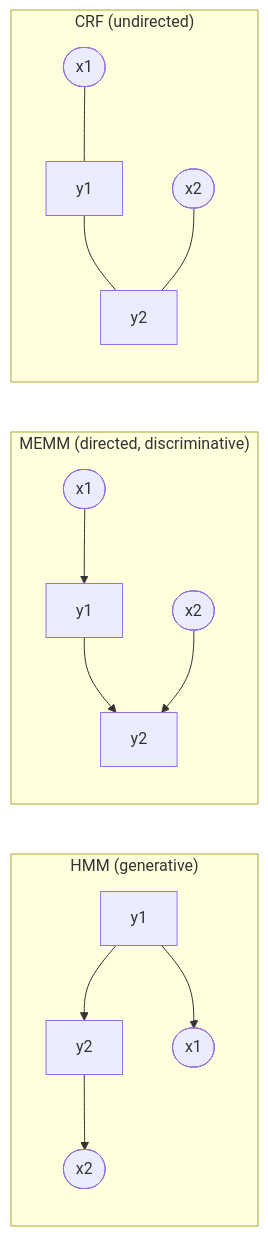
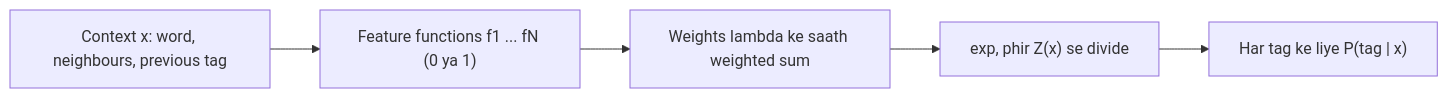
The third of 4 diagrams in content/natural-language-processing/notes/hmm-maxent-crf.hi.mdx (TrendySloth1001/sem-seven-notes), drawn with Mermaid before and after one commit. The commit also changed other lines of this file and 406 other files, not shown here.

````diff
--- a/content/natural-language-processing/notes/hmm-maxent-crf.hi.mdx
+++ b/content/natural-language-processing/notes/hmm-maxent-crf.hi.mdx
@@ -556,19 +182,8 @@
 ```mermaid
-%% caption: HMM, MEMM aur CRF do positions ke liye graphs ki tarah. HMM: tags words paida karte hain. MEMM: words har tag ko feed karte hain, aur har tag apna alag normalise hota hai. CRF: undirected links, poore sequence ke liye ek normaliser.
+%% caption: MaxEnt tagger ek word ko kaise score karta hai.
 flowchart LR
-  subgraph H["HMM (generative)"]
-    hy1["y1"] --> hy2["y2"]
-    hy1 --> hx1(["x1"])
-    hy2 --> hx2(["x2"])
-  end
-  subgraph M["MEMM (directed, discriminative)"]
-    mx1(["x1"]) --> my1["y1"]
-    my1 --> my2["y2"]
-    mx2(["x2"]) --> my2
-  end
-  subgraph C["CRF (undirected)"]
-    cy1["y1"] --- cy2["y2"]
-    cx1(["x1"]) --- cy1
-    cx2(["x2"]) --- cy2
-  end
+  A["Context x: word, neighbours, previous tag"] --> B["Feature functions f1 ... fN (0 ya 1)"]
+  B --> C["Weights lambda ke saath weighted sum"]
+  C --> D["exp, phir Z(x) se divide"]
+  D --> E["Har tag ke liye P(tag | x)"]
 ```
````
